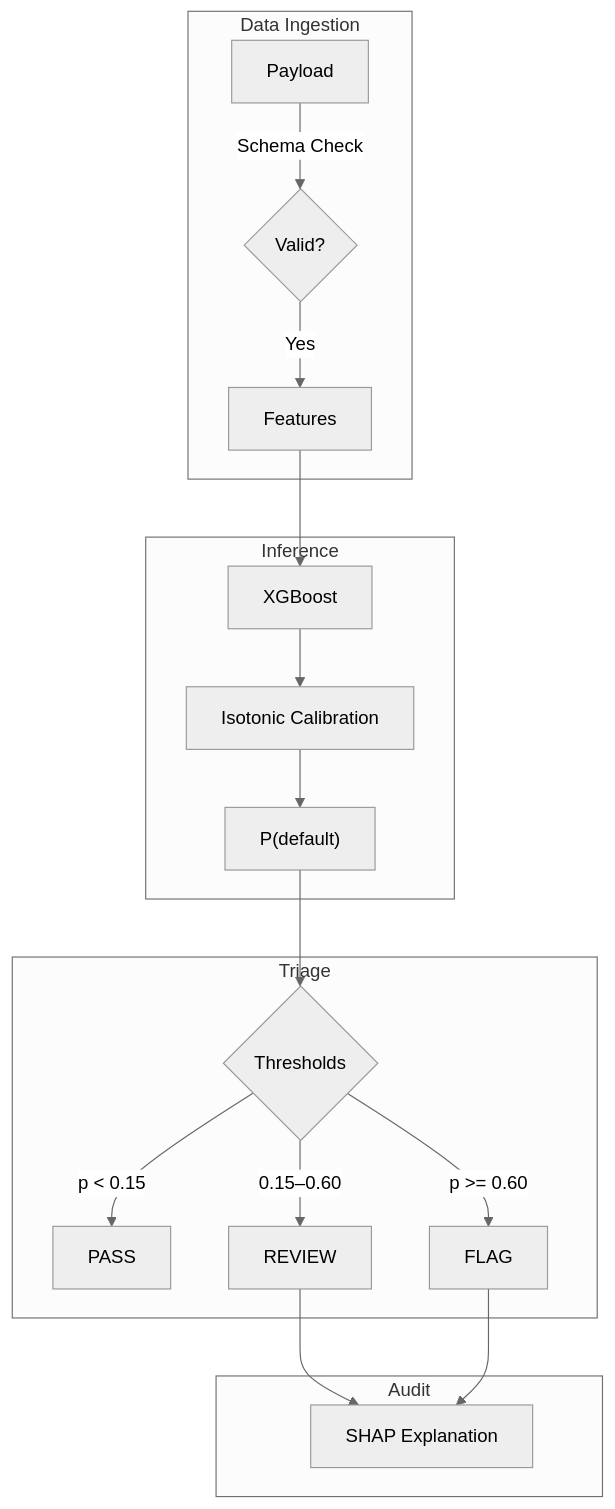
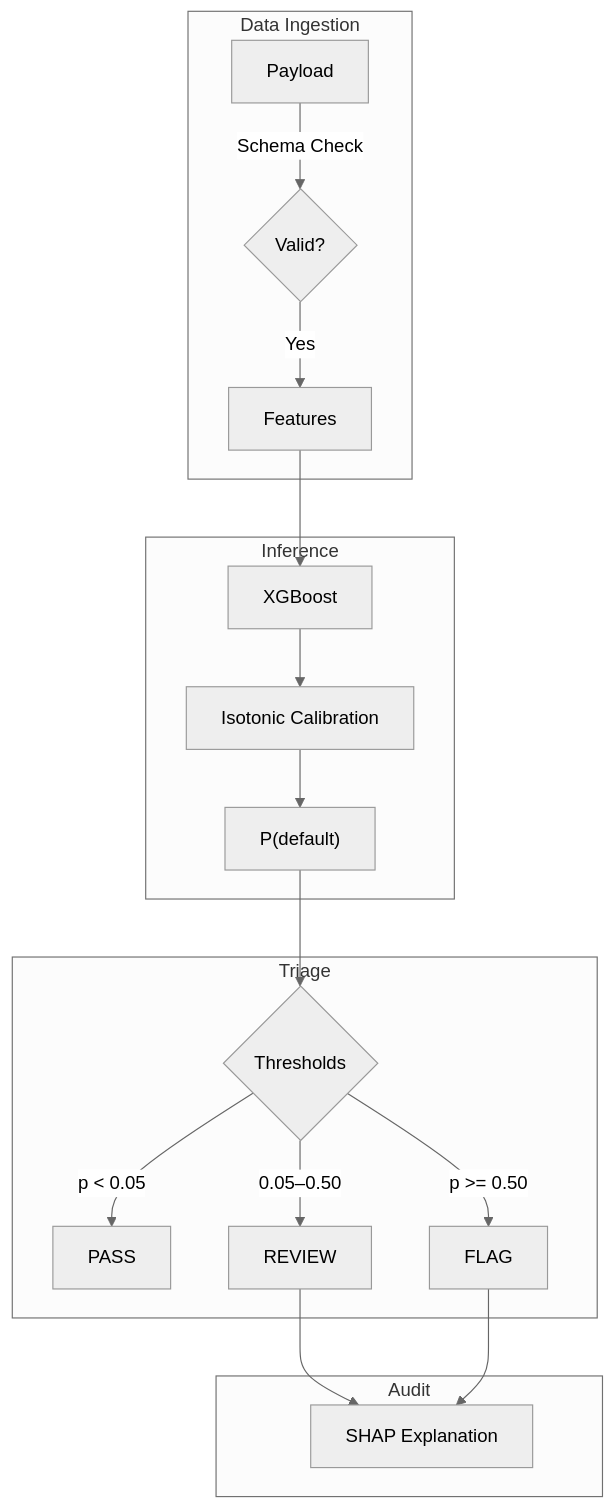
One commit to wilsebbis/failure-aware-ml-system changed the diagram in README.md. Above: the diagram before and after it, drawn with Mermaid (neutral theme). The commit also changed other lines of this file and 4 other files, not shown here.

````diff
--- a/README.md
+++ b/README.md
@@ -75,25 +77,25 @@
 ```mermaid
 flowchart TD
     subgraph Ingestion["Data Ingestion"]
         A[Payload] -->|Schema Check| B{Valid?}
         B -->|Yes| C[Features]
     end
     
     subgraph Model["Inference"]
         C --> D[XGBoost]
         D --> E[Isotonic Calibration]
         E --> F["P(default)"]
     end
     
     subgraph Policy["Triage"]
         F --> G{Thresholds}
-        G -->|"p < 0.15"| H[PASS]
-        G -->|"0.15–0.60"| I[REVIEW]
-        G -->|"p >= 0.60"| J[FLAG]
+        G -->|"p < 0.05"| H[PASS]
+        G -->|"0.05–0.50"| I[REVIEW]
+        G -->|"p >= 0.50"| J[FLAG]
     end
     
     subgraph Audit["Audit"]
         I --> K[SHAP Explanation]
         J --> K
     end
 ```
````
